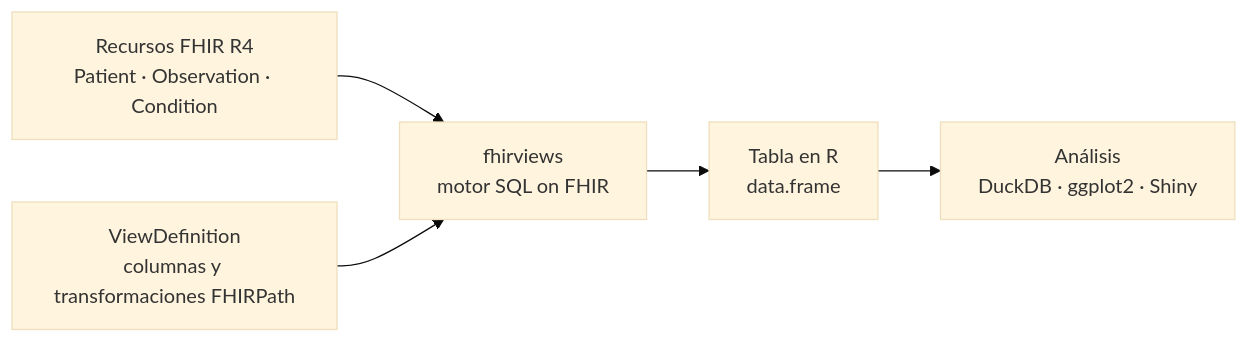
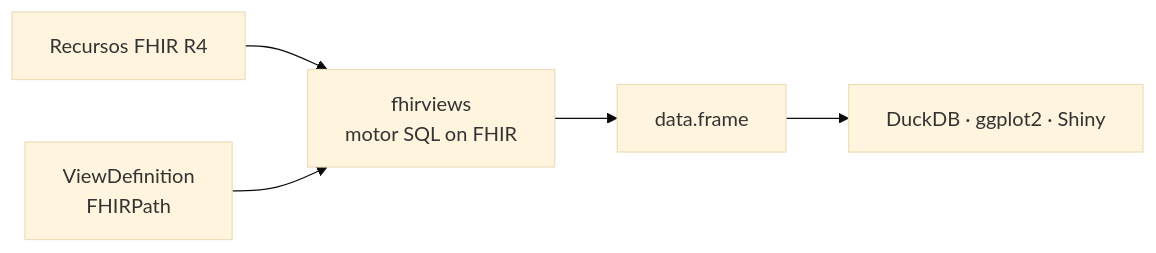
One commit to f-slg/f-slg changed the first of 2 diagrams in README.md. Above: the diagram before and after it, drawn with Mermaid (base theme). The commit also changed other lines of this file and 1 other file, not shown here.

````diff
--- a/README.md
+++ b/README.md
@@ -42,13 +46,6 @@
 ```mermaid
 flowchart LR
-    F["Recursos FHIR R4<br/>Patient · Observation · Condition"]
-    V["ViewDefinition<br/>columnas y transformaciones FHIRPath"]
-    E["fhirviews<br/>motor SQL on FHIR"]
-    T["Tabla en R<br/>data.frame"]
-    D["Análisis<br/>DuckDB · ggplot2 · Shiny"]
-
-    F --> E
-    V --> E
-    E --> T
-    T --> D
+    F["Recursos FHIR R4"] --> E["fhirviews<br/>motor SQL on FHIR"]
+    V["ViewDefinition<br/>FHIRPath"] --> E
+    E --> T["data.frame"] --> D["DuckDB · ggplot2 · Shiny"]
 ```
````
